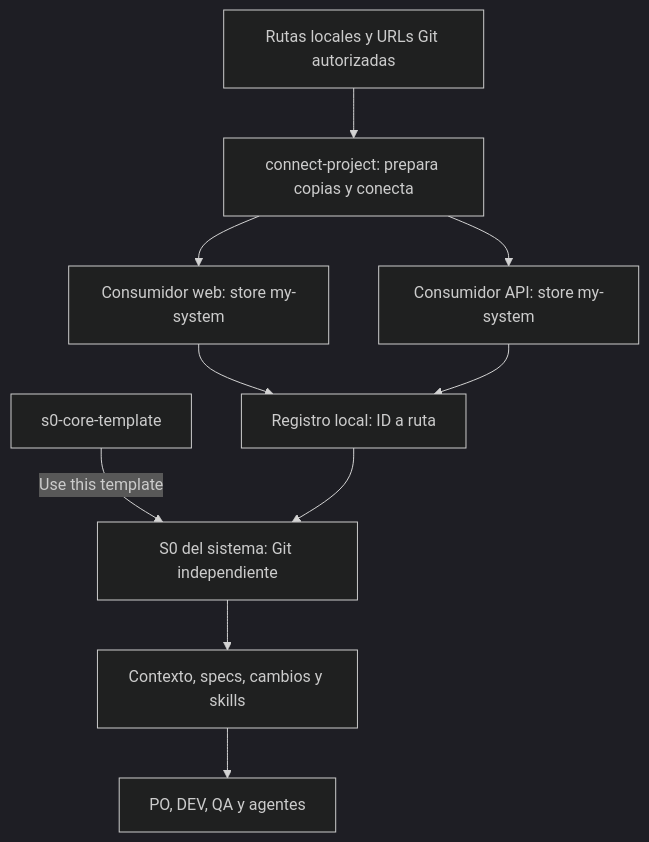
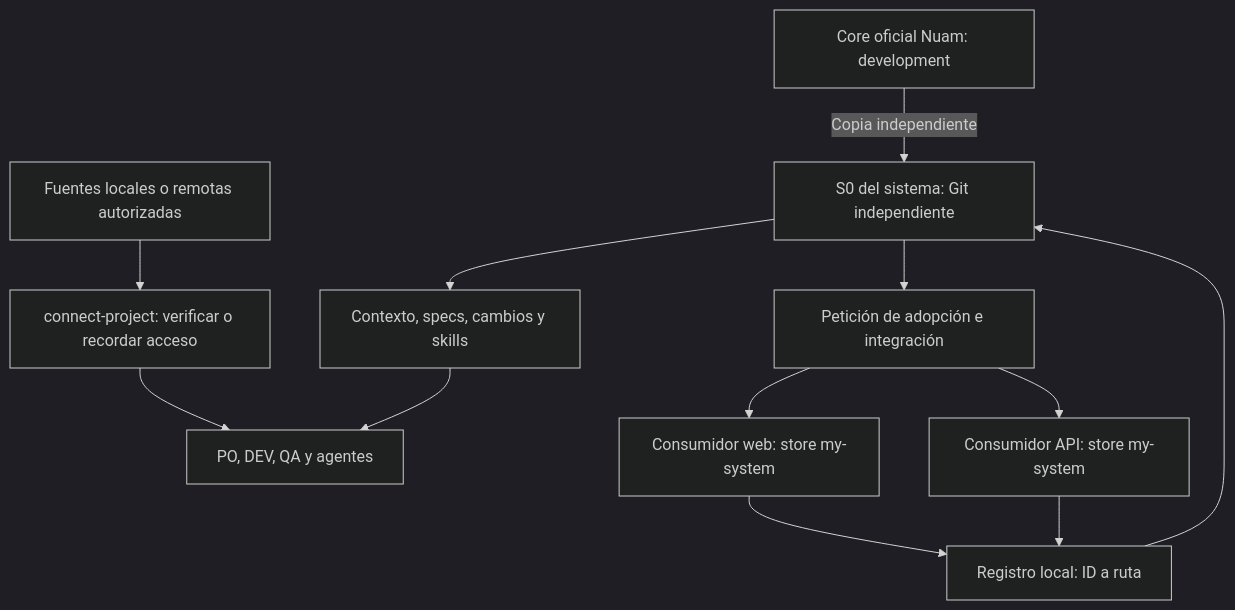
The diagram in CORE_OVERVIEW.md (raal-nuam/s0-ssd-png-rrojas), drawn with Mermaid (dark theme) before and after one commit. The commit also changed other lines of this file and 11 other files, not shown here.

Commit message:
feat(core): publish portable onboarding in official Nuam template

````diff
--- a/CORE_OVERVIEW.md
+++ b/CORE_OVERVIEW.md
@@ -32,12 +51,14 @@
 ```mermaid
 flowchart TD
-    T["s0-core-template"] -->|"Use this template"| S["S0 del sistema: Git independiente"]
+    T["Core oficial Nuam: development"] -->|"Copia independiente"| S["S0 del sistema: Git independiente"]
     S --> C["Contexto, specs, cambios y skills"]
-    F["Rutas locales y URLs Git autorizadas"] --> CP["connect-project: prepara copias y conecta"]
-    CP --> W
-    CP --> A
+    F["Fuentes locales o remotas autorizadas"] --> CP["connect-project: verificar o recordar acceso"]
+    CP --> P
+    S --> I["Petición de adopción e integración"]
+    I --> W
+    I --> A
     W["Consumidor web: store my-system"] --> R["Registro local: ID a ruta"]
     A["Consumidor API: store my-system"] --> R
     R --> S
     C --> P["PO, DEV, QA y agentes"]
 ```
````
